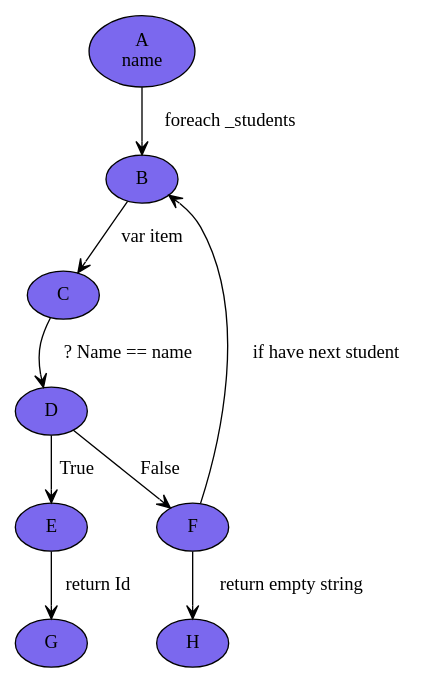
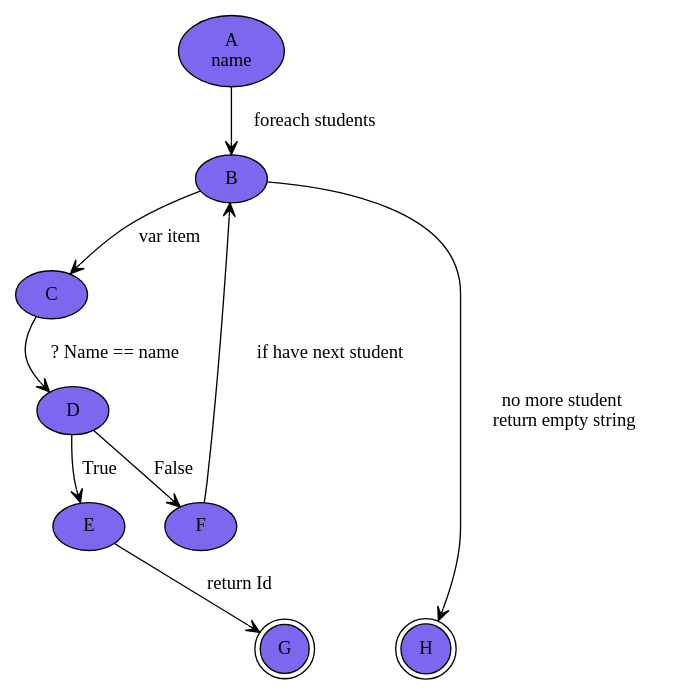
Before and after one commit to terryh/SFHomework: the diagram in Homework2/graph.dot, drawn with Graphviz. The commit also changed other lines of this file and 2 other files, not shown here.

```diff
--- a/Homework2/graph.dot
+++ b/Homework2/graph.dot
@@ -1,18 +1,30 @@
 digraph G
 {
 	node [style="filled", fillcolor="mediumslateblue"]
 	edge [arrowhead="vee"]
 
+
 	A [label="A\nname"]
-	A -> B [label=" foreach _students"]
+
+	A -> B [label=" foreach students"]
 	B -> C [label=" var item"]
 	C -> D [label=" ? Name == name"]
 	D -> E [label=" True"]
 	D -> F [label=" False"]
 
-	F -> B [label=" if have next student"]
+	F -> B [label="   if have next student"]
 
 	E -> G [label=" return Id"]
 	
-	F -> H [label=" return empty string"]
+	B -> H [label=" no more student\n  return empty string"]
+	
+	H,G [shape=doublecircle]
+
+	{
+		rank = same; 
+		edge [style=invis];
+		H; G;
+		G -> H
+		rankdir = LR;
+	}
 }
```
